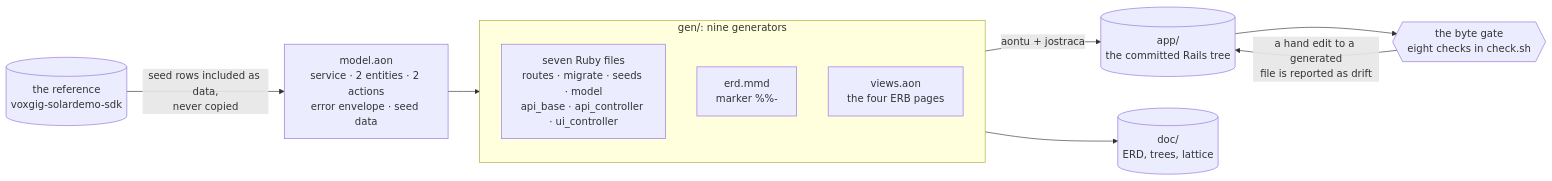
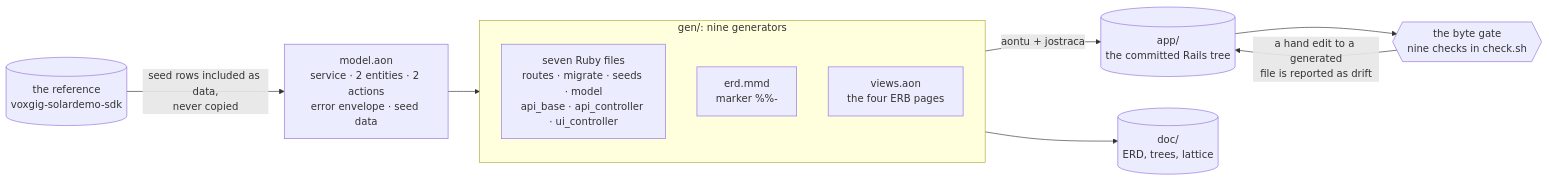
One commit to aontu-lang/aontu changed the diagram in test/system/rb-solar/README.md. Above: the diagram before and after it, drawn with Mermaid. The commit also changed other lines of this file and 5 other files, not shown here.

````diff
--- a/test/system/rb-solar/README.md
+++ b/test/system/rb-solar/README.md
@@ -294,22 +294,22 @@
 ```mermaid
 flowchart LR
   ref[("the reference<br/>voxgig-solardemo-sdk")]
   model["model.aon<br/>service · 2 entities · 2 actions<br/>error envelope · seed data"]
   ref -->|"seed rows included as data,<br/>never copied"| model
 
   subgraph gen["gen/: nine generators"]
     rb["seven Ruby files<br/>routes · migrate · seeds · model<br/>api_base · api_controller · ui_controller"]
     mmd["erd.mmd<br/>marker %%-"]
     views["views.aon<br/>the four ERB pages"]
   end
   model --> gen
 
   app[("app/<br/>the committed Rails tree")]
   doc[("doc/<br/>ERD, trees, lattice")]
   gen -->|"aontu + jostraca"| app
   gen --> doc
 
-  check{{"the byte gate<br/>eight checks in check.sh"}}
+  check{{"the byte gate<br/>nine checks in check.sh"}}
   app --> check
   check -->|"a hand edit to a generated<br/>file is reported as drift"| app
 ```
````
